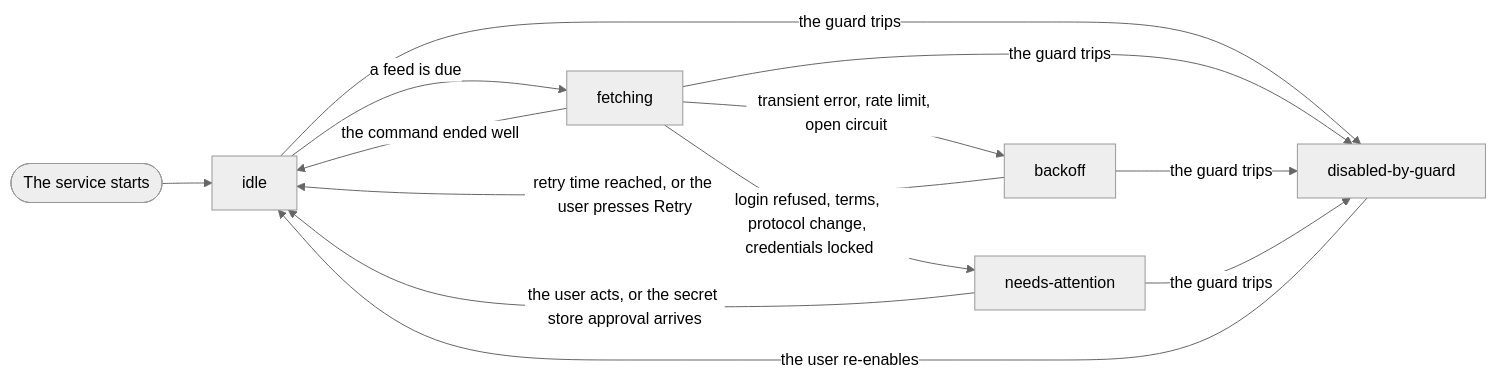
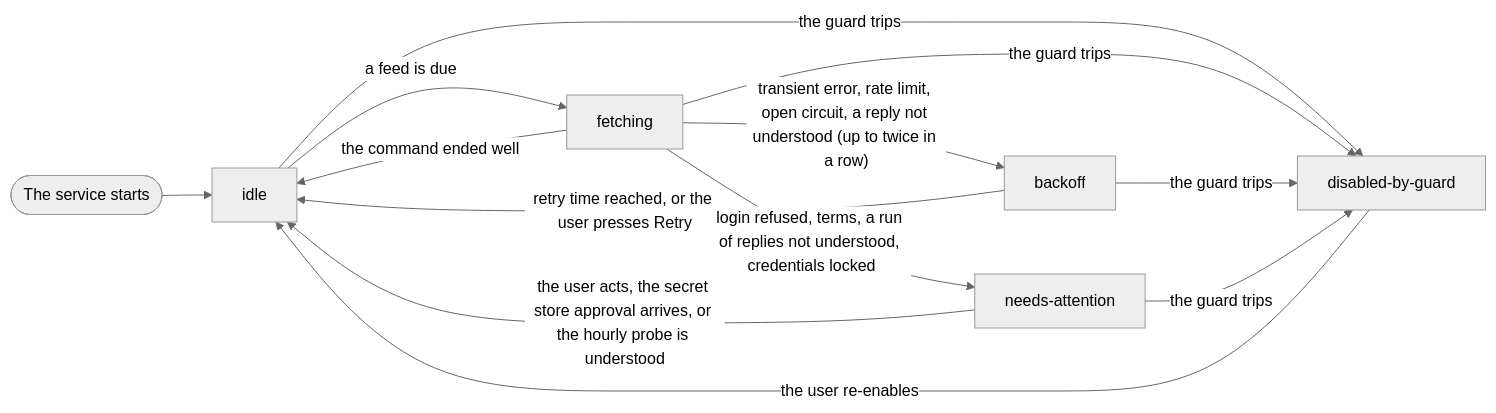
Before and after one commit to mbrami76/harbour-libre-monitor: the fourth of 15 diagrams in docs/architecture.md, drawn with Mermaid (neutral theme). The commit also changed other lines of this file and 28 other files, not shown here.

````diff
--- a/docs/architecture.md
+++ b/docs/architecture.md
@@ -100,12 +100,12 @@
 ```mermaid
 flowchart LR
     START(["The service starts"]) --> IDLE["idle"]
     IDLE -->|"a feed is due"| FETCH["fetching"]
     FETCH -->|"the command ended well"| IDLE
-    FETCH -->|"transient error, rate limit, open circuit"| BACKOFF["backoff"]
+    FETCH -->|"transient error, rate limit, open circuit, a reply not understood (up to twice in a row)"| BACKOFF["backoff"]
     BACKOFF -->|"retry time reached, or the user presses Retry"| IDLE
-    FETCH -->|"login refused, terms, protocol change, credentials locked"| ATT["needs-attention"]
-    ATT -->|"the user acts, or the secret store approval arrives"| IDLE
+    FETCH -->|"login refused, terms, a run of replies not understood, credentials locked"| ATT["needs-attention"]
+    ATT -->|"the user acts, the secret store approval arrives, or the hourly probe is understood"| IDLE
     IDLE & FETCH & BACKOFF & ATT -->|"the guard trips"| DIS["disabled-by-guard"]
     DIS -->|"the user re-enables"| IDLE
 ```
````
